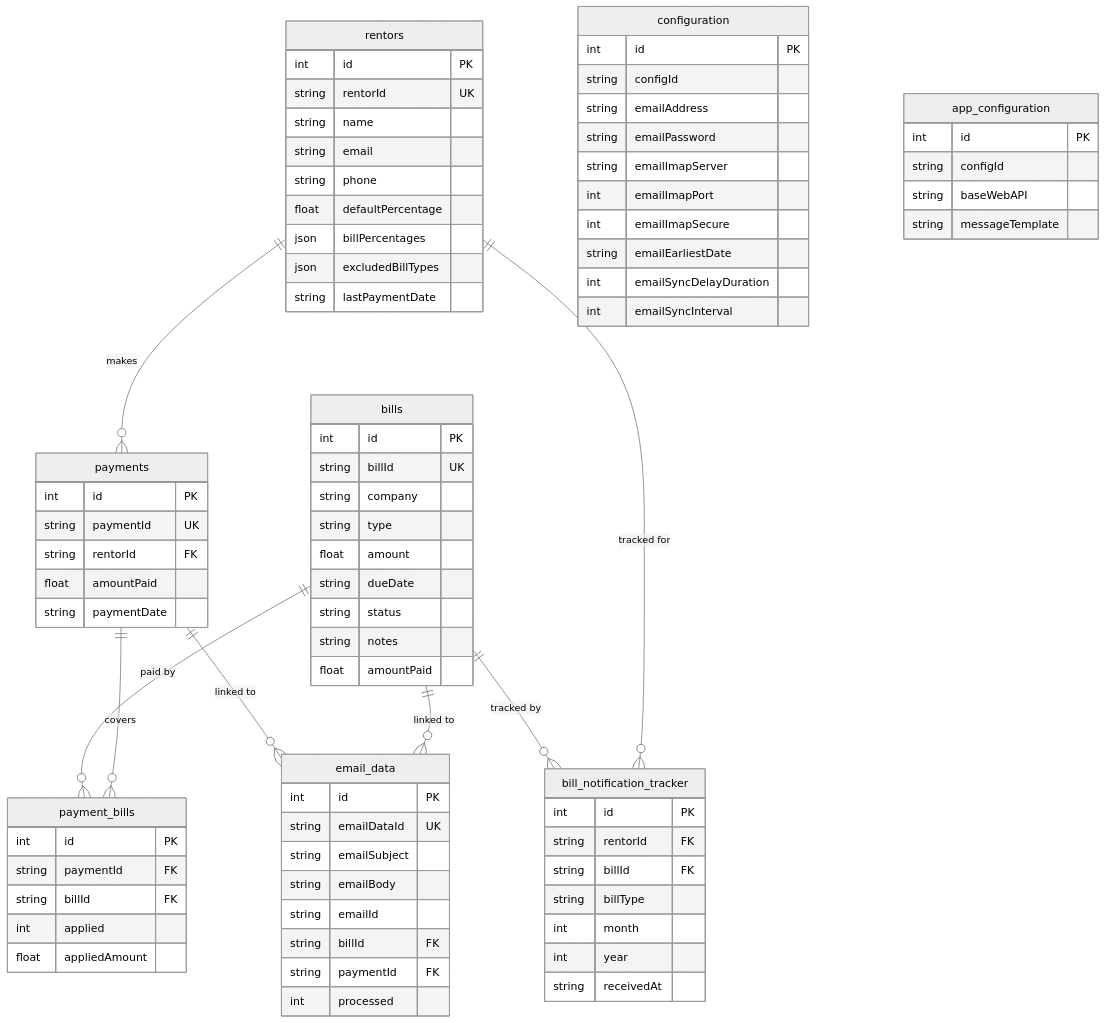
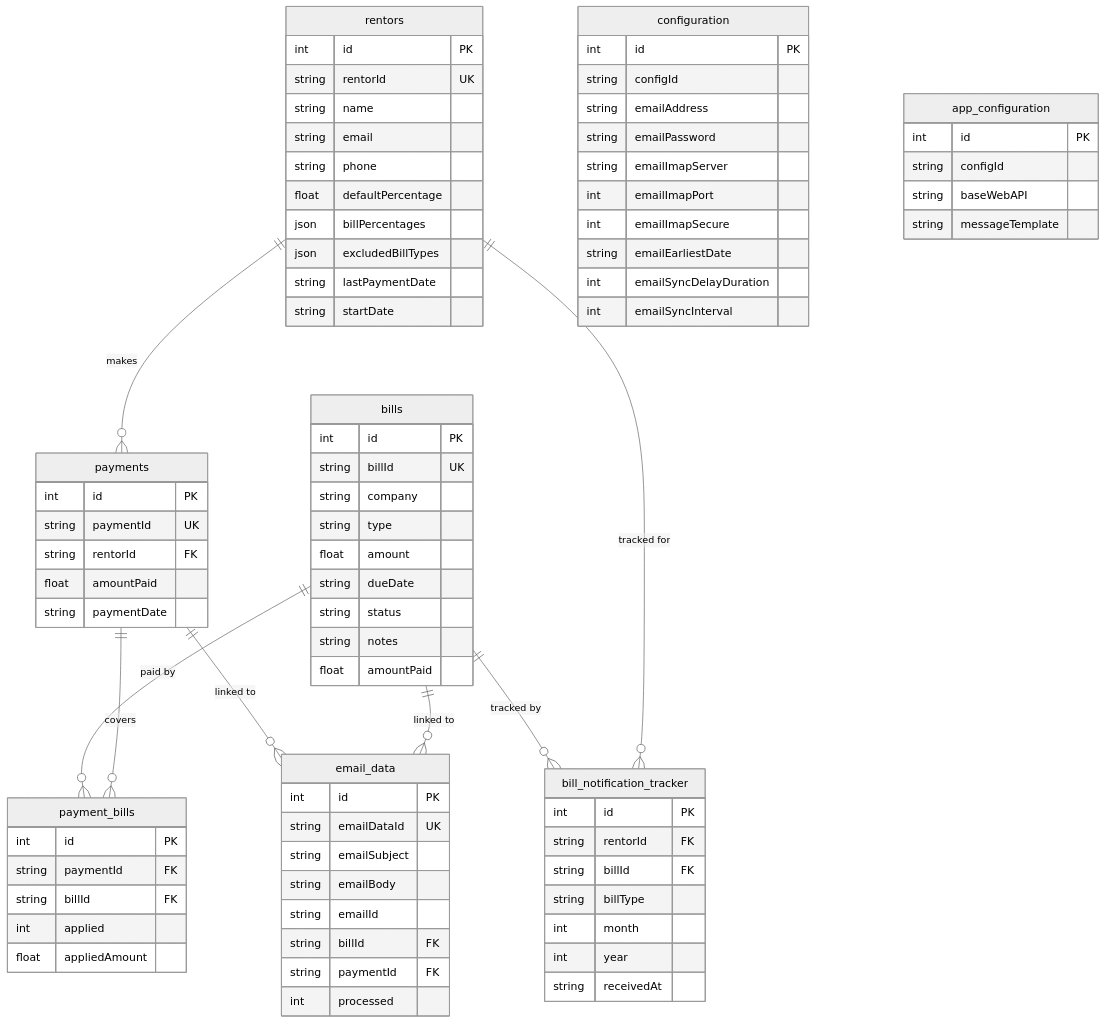
One commit to KwasiAsante/UtilityBillsManager changed the fourth of 9 diagrams in README.md. Above: the diagram before and after it, drawn with Mermaid (neutral theme). The commit also changed other lines of this file and 2 other files, not shown here.

```diff
--- a/README.md
+++ b/README.md
@@ -258,6 +263,7 @@
         json billPercentages
         json excludedBillTypes
         string lastPaymentDate
+        string startDate
     }
     payments {
         int id PK
```
